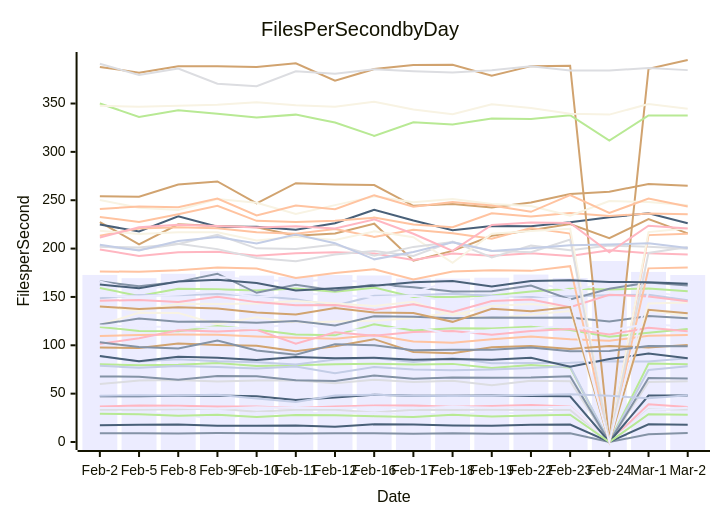
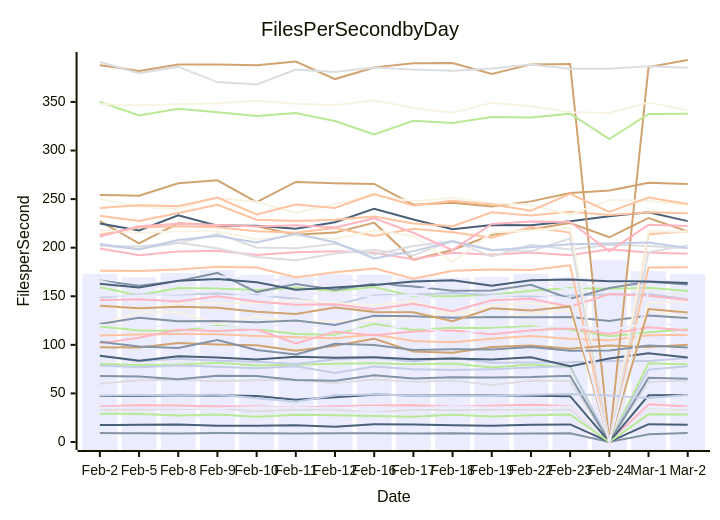
Before and after one commit to streetsidesoftware/cspell: the diagram in perf-report.md, drawn with Mermaid. The commit also changed other lines of this file and 1 other file, not shown here.

````diff
--- a/perf-report.md
+++ b/perf-report.md
@@ -10,57 +10,57 @@
 ```mermaid
 xychart-beta
     title Files Per Second by Day
     y-axis Files per Second
     x-axis Date [Feb-2, Feb-5, Feb-8, Feb-9, Feb-10, Feb-11, Feb-12, Feb-16, Feb-17, Feb-18, Feb-19, Feb-22, Feb-23, Feb-24, Mar-1, Mar-2]
-    bar [172.76, 169.39, 173.94, 176.68, 172.01, 170.80, 172.59, 172.20, 169.11, 168.97, 169.87, 173.10, 169.52, 187.14, 175.84, 172.63]
-    line [9.14, 9.10, 8.87, 9.39, 9.10, 8.79, 9.11, 8.93, 8.64, 9.05, 8.51, 8.78, 8.98, 0.00, 8.08, 9.26]
-    line [109.65, 110.63, 111.16, 110.94, 109.21, 107.83, 106.68, 110.60, 103.95, 102.58, 106.20, 108.99, 106.23, 104.62, 109.75, 110.66]
-    line [33.23, 33.25, 33.77, 34.38, 31.28, 33.43, 33.24, 30.53, 33.31, 33.04, 33.28, 33.21, 33.17, 0.00, 33.83, 33.52]
-    line [80.34, 79.32, 79.86, 81.63, 78.70, 79.41, 80.42, 80.99, 80.08, 80.78, 76.61, 79.69, 77.15, 0.00, 81.09, 80.35]
-    line [227.45, 204.37, 225.14, 223.42, 222.08, 213.20, 215.50, 225.73, 187.50, 197.59, 213.32, 219.03, 225.40, 210.70, 230.59, 215.70]
-    line [88.66, 83.22, 85.59, 83.52, 82.54, 80.25, 85.24, 86.74, 82.84, 86.83, 81.45, 81.71, 81.96, 83.41, 83.27, 86.60]
-    line [199.11, 192.32, 196.15, 196.80, 192.49, 195.28, 196.29, 194.83, 188.10, 194.84, 192.66, 195.15, 192.32, 198.30, 195.10, 193.94]
-    line [224.86, 217.64, 233.33, 222.49, 222.54, 219.50, 226.16, 240.10, 228.96, 219.08, 223.33, 223.11, 227.19, 232.41, 236.43, 226.11]
-    line [121.09, 133.64, 133.48, 121.84, 129.06, 122.93, 124.68, 125.50, 128.25, 133.90, 127.83, 131.88, 135.36, 0.00, 136.13, 130.33]
-    line [31.08, 29.80, 28.87, 23.26, 29.91, 29.82, 30.05, 30.35, 28.52, 29.28, 29.65, 29.97, 29.42, 0.00, 30.75, 30.08]
-    line [121.54, 127.82, 124.27, 124.62, 123.31, 125.03, 120.42, 129.98, 129.47, 127.87, 128.69, 128.42, 128.71, 124.50, 130.30, 127.92]
-    line [232.76, 227.56, 235.60, 244.14, 228.71, 227.46, 228.82, 232.02, 224.80, 222.16, 236.53, 233.14, 236.87, 233.63, 236.34, 235.41]
-    line [201.87, 201.12, 204.97, 199.43, 190.33, 187.01, 193.91, 197.53, 192.34, 207.35, 190.87, 203.05, 198.23, 203.08, 201.82, 199.86]
-    line [159.34, 150.93, 158.41, 157.97, 156.56, 158.71, 155.41, 159.62, 150.02, 150.05, 151.55, 155.58, 158.55, 157.69, 158.64, 155.83]
-    line [254.20, 253.57, 266.34, 269.39, 246.86, 267.66, 266.35, 265.66, 244.28, 246.16, 242.48, 247.66, 256.36, 258.77, 266.75, 264.94]
-    line [148.70, 151.93, 151.71, 152.93, 151.27, 147.55, 140.92, 151.13, 151.76, 153.31, 151.18, 149.85, 150.69, 151.72, 152.23, 146.63]
-    line [36.65, 37.87, 37.52, 36.62, 36.71, 35.21, 36.78, 37.62, 37.74, 36.57, 37.30, 38.24, 36.77, 0.00, 38.95, 36.08]
-    line [17.39, 17.79, 18.01, 16.74, 16.81, 17.17, 15.81, 18.35, 18.08, 17.18, 16.76, 17.88, 18.10, 0.00, 18.36, 17.91]
-    line [140.14, 135.87, 142.86, 142.75, 143.10, 145.82, 143.11, 140.65, 144.98, 130.98, 140.65, 142.78, 139.39, 0.00, 143.34, 144.33]
-    line [35.24, 35.24, 35.29, 34.51, 36.01, 35.10, 35.21, 35.98, 34.82, 36.43, 35.46, 35.84, 36.34, 0.00, 33.04, 35.50]
-    line [166.16, 160.94, 165.57, 174.04, 154.30, 162.65, 156.66, 162.87, 159.96, 155.64, 155.90, 161.77, 147.50, 158.41, 164.95, 161.90]
-    line [213.40, 220.70, 222.08, 221.01, 216.87, 215.38, 220.23, 212.12, 219.37, 215.84, 210.18, 221.20, 215.57, 0.00, 213.93, 215.24]
-    line [59.94, 63.60, 64.06, 62.64, 63.65, 63.88, 60.68, 64.42, 62.12, 63.28, 58.66, 63.36, 62.75, 0.00, 62.13, 62.75]
-    line [118.96, 114.84, 114.56, 119.99, 116.03, 111.12, 110.27, 121.81, 115.35, 117.70, 117.45, 119.10, 115.72, 108.80, 112.87, 116.94]
-    line [387.86, 381.95, 388.55, 388.50, 387.75, 391.57, 373.53, 385.59, 389.88, 390.09, 378.81, 388.65, 389.04, 0.00, 385.97, 395.00]
-    line [78.73, 76.88, 78.62, 77.47, 76.02, 78.07, 71.09, 77.64, 74.87, 74.07, 74.98, 76.63, 78.24, 0.00, 74.50, 78.44]
-    line [146.04, 146.87, 144.71, 150.09, 144.64, 141.32, 141.68, 136.63, 142.32, 134.55, 145.82, 147.42, 139.34, 152.31, 150.56, 145.58]
-    line [88.85, 83.51, 88.25, 87.06, 84.92, 87.81, 86.69, 87.24, 85.15, 85.90, 85.00, 87.17, 77.95, 85.83, 91.39, 86.64]
-    line [218.52, 215.06, 216.88, 216.99, 208.40, 212.31, 208.84, 217.81, 211.80, 185.28, 215.46, 218.06, 220.51, 0.00, 217.03, 221.00]
-    line [166.07, 155.61, 164.06, 170.66, 167.78, 165.93, 167.97, 164.38, 154.74, 166.79, 161.65, 166.00, 156.64, 164.50, 165.52, 165.81]
-    line [67.83, 67.42, 64.50, 68.29, 67.95, 63.94, 63.10, 68.79, 65.40, 66.62, 66.45, 66.78, 68.09, 0.00, 66.08, 65.63]
-    line [176.27, 176.08, 177.50, 180.37, 179.50, 169.53, 174.82, 178.71, 168.06, 176.19, 177.57, 176.95, 181.84, 0.00, 179.55, 180.55]
-    line [202.30, 198.84, 204.68, 214.35, 200.27, 199.54, 204.14, 192.69, 201.75, 206.87, 197.87, 196.25, 209.40, 0.00, 195.54, 201.68]
-    line [350.02, 336.18, 342.95, 339.36, 335.43, 338.51, 330.30, 316.59, 330.53, 328.24, 334.55, 334.07, 337.95, 311.68, 337.70, 337.73]
-    line [97.62, 97.16, 101.86, 100.35, 99.46, 93.91, 99.01, 106.34, 93.17, 91.86, 97.86, 99.22, 96.08, 99.35, 97.75, 100.43]
-    line [203.85, 198.04, 207.86, 211.91, 205.36, 214.41, 205.57, 188.86, 196.47, 206.41, 197.46, 200.43, 203.43, 204.23, 205.42, 200.61]
-    line [101.57, 107.21, 115.59, 114.29, 115.98, 101.55, 113.56, 109.85, 113.73, 114.86, 110.85, 114.90, 116.94, 111.12, 118.08, 114.50]
-    line [47.29, 47.35, 47.86, 48.05, 47.30, 43.46, 46.02, 48.76, 47.89, 47.85, 48.05, 47.61, 47.20, 0.00, 48.02, 48.12]
-    line [250.17, 242.23, 239.94, 251.24, 247.36, 235.88, 244.92, 253.98, 247.84, 251.30, 245.99, 243.93, 233.93, 249.19, 248.13, 244.87]
-    line [120.43, 119.43, 118.96, 118.43, 117.39, 122.51, 116.51, 115.88, 120.25, 110.42, 115.69, 117.45, 119.97, 115.23, 122.06, 119.27]
-    line [103.18, 98.24, 96.65, 104.96, 94.67, 90.15, 101.17, 99.92, 94.76, 95.38, 95.32, 97.68, 93.94, 94.07, 99.29, 99.05]
-    line [240.95, 243.60, 242.70, 251.69, 234.31, 244.51, 240.78, 255.22, 243.34, 248.23, 244.44, 238.03, 255.33, 236.79, 251.67, 243.47]
-    line [391.09, 379.53, 386.07, 370.43, 367.95, 383.26, 380.80, 385.48, 383.39, 382.12, 384.41, 388.46, 384.20, 384.25, 386.70, 384.53]
-    line [29.20, 28.78, 27.22, 28.25, 25.94, 28.04, 27.66, 26.73, 25.95, 28.09, 26.29, 27.51, 28.29, 0.00, 28.66, 28.06]
-    line [140.20, 137.55, 139.32, 138.06, 134.03, 131.86, 138.50, 133.91, 133.44, 124.24, 137.70, 135.31, 139.52, 0.00, 136.77, 133.08]
-    line [47.79, 48.42, 47.97, 48.95, 44.92, 41.33, 48.11, 48.93, 47.91, 47.47, 47.85, 48.58, 49.42, 47.74, 45.18, 48.41]
-    line [211.45, 222.13, 224.72, 223.26, 221.76, 223.13, 220.88, 230.21, 215.32, 197.56, 224.48, 226.95, 226.51, 196.21, 223.62, 220.65]
-    line [162.82, 158.93, 165.88, 167.89, 164.45, 156.78, 159.08, 161.56, 165.23, 166.55, 160.76, 166.40, 167.25, 165.44, 165.22, 163.57]
-    line [347.78, 346.57, 347.57, 348.75, 351.19, 348.15, 346.62, 351.78, 343.88, 338.94, 349.19, 345.47, 339.39, 338.55, 349.45, 344.55]
-    line [151.10, 150.58, 152.48, 156.02, 149.70, 153.17, 152.51, 149.58, 151.17, 145.28, 150.19, 152.37, 147.43, 0.00, 156.21, 149.56]
+    bar [172.76, 169.39, 173.94, 176.68, 172.01, 170.80, 172.59, 172.20, 169.11, 168.97, 169.87, 173.10, 169.52, 187.14, 175.84, 172.73]
+    line [9.14, 9.10, 8.87, 9.39, 9.10, 8.79, 9.11, 8.93, 8.64, 9.05, 8.51, 8.78, 8.98, 0.00, 8.08, 9.30]
+    line [109.65, 110.63, 111.16, 110.94, 109.21, 107.83, 106.68, 110.60, 103.95, 102.58, 106.20, 108.99, 106.23, 104.62, 109.75, 110.24]
+    line [33.23, 33.25, 33.77, 34.38, 31.28, 33.43, 33.24, 30.53, 33.31, 33.04, 33.28, 33.21, 33.17, 0.00, 33.83, 33.53]
+    line [80.34, 79.32, 79.86, 81.63, 78.70, 79.41, 80.42, 80.99, 80.08, 80.78, 76.61, 79.69, 77.15, 0.00, 81.09, 79.76]
+    line [227.45, 204.37, 225.14, 223.42, 222.08, 213.20, 215.50, 225.73, 187.50, 197.59, 213.32, 219.03, 225.40, 210.70, 230.59, 216.76]
+    line [88.66, 83.22, 85.59, 83.52, 82.54, 80.25, 85.24, 86.74, 82.84, 86.83, 81.45, 81.71, 81.96, 83.41, 83.27, 86.38]
+    line [199.11, 192.32, 196.15, 196.80, 192.49, 195.28, 196.29, 194.83, 188.10, 194.84, 192.66, 195.15, 192.32, 198.30, 195.10, 193.76]
+    line [224.86, 217.64, 233.33, 222.49, 222.54, 219.50, 226.16, 240.10, 228.96, 219.08, 223.33, 223.11, 227.19, 232.41, 236.43, 227.34]
+    line [121.09, 133.64, 133.48, 121.84, 129.06, 122.93, 124.68, 125.50, 128.25, 133.90, 127.83, 131.88, 135.36, 0.00, 136.13, 127.67]
+    line [31.08, 29.80, 28.87, 23.26, 29.91, 29.82, 30.05, 30.35, 28.52, 29.28, 29.65, 29.97, 29.42, 0.00, 30.75, 30.31]
+    line [121.54, 127.82, 124.27, 124.62, 123.31, 125.03, 120.42, 129.98, 129.47, 127.87, 128.69, 128.42, 128.71, 124.50, 130.30, 127.54]
+    line [232.76, 227.56, 235.60, 244.14, 228.71, 227.46, 228.82, 232.02, 224.80, 222.16, 236.53, 233.14, 236.87, 233.63, 236.34, 235.42]
+    line [201.87, 201.12, 204.97, 199.43, 190.33, 187.01, 193.91, 197.53, 192.34, 207.35, 190.87, 203.05, 198.23, 203.08, 201.82, 199.42]
+    line [159.34, 150.93, 158.41, 157.97, 156.56, 158.71, 155.41, 159.62, 150.02, 150.05, 151.55, 155.58, 158.55, 157.69, 158.64, 155.43]
+    line [254.20, 253.57, 266.34, 269.39, 246.86, 267.66, 266.35, 265.66, 244.28, 246.16, 242.48, 247.66, 256.36, 258.77, 266.75, 265.54]
+    line [148.70, 151.93, 151.71, 152.93, 151.27, 147.55, 140.92, 151.13, 151.76, 153.31, 151.18, 149.85, 150.69, 151.72, 152.23, 147.00]
+    line [36.65, 37.87, 37.52, 36.62, 36.71, 35.21, 36.78, 37.62, 37.74, 36.57, 37.30, 38.24, 36.77, 0.00, 38.95, 36.53]
+    line [17.39, 17.79, 18.01, 16.74, 16.81, 17.17, 15.81, 18.35, 18.08, 17.18, 16.76, 17.88, 18.10, 0.00, 18.36, 17.88]
+    line [140.14, 135.87, 142.86, 142.75, 143.10, 145.82, 143.11, 140.65, 144.98, 130.98, 140.65, 142.78, 139.39, 0.00, 143.34, 144.48]
+    line [35.24, 35.24, 35.29, 34.51, 36.01, 35.10, 35.21, 35.98, 34.82, 36.43, 35.46, 35.84, 36.34, 0.00, 33.04, 35.60]
+    line [166.16, 160.94, 165.57, 174.04, 154.30, 162.65, 156.66, 162.87, 159.96, 155.64, 155.90, 161.77, 147.50, 158.41, 164.95, 162.21]
+    line [213.40, 220.70, 222.08, 221.01, 216.87, 215.38, 220.23, 212.12, 219.37, 215.84, 210.18, 221.20, 215.57, 0.00, 213.93, 216.92]
+    line [59.94, 63.60, 64.06, 62.64, 63.65, 63.88, 60.68, 64.42, 62.12, 63.28, 58.66, 63.36, 62.75, 0.00, 62.13, 62.93]
+    line [118.96, 114.84, 114.56, 119.99, 116.03, 111.12, 110.27, 121.81, 115.35, 117.70, 117.45, 119.10, 115.72, 108.80, 112.87, 116.15]
+    line [387.86, 381.95, 388.55, 388.50, 387.75, 391.57, 373.53, 385.59, 389.88, 390.09, 378.81, 388.65, 389.04, 0.00, 385.97, 393.17]
+    line [78.73, 76.88, 78.62, 77.47, 76.02, 78.07, 71.09, 77.64, 74.87, 74.07, 74.98, 76.63, 78.24, 0.00, 74.50, 78.01]
+    line [146.04, 146.87, 144.71, 150.09, 144.64, 141.32, 141.68, 136.63, 142.32, 134.55, 145.82, 147.42, 139.34, 152.31, 150.56, 146.06]
+    line [88.85, 83.51, 88.25, 87.06, 84.92, 87.81, 86.69, 87.24, 85.15, 85.90, 85.00, 87.17, 77.95, 85.83, 91.39, 87.06]
+    line [218.52, 215.06, 216.88, 216.99, 208.40, 212.31, 208.84, 217.81, 211.80, 185.28, 215.46, 218.06, 220.51, 0.00, 217.03, 216.54]
+    line [166.07, 155.61, 164.06, 170.66, 167.78, 165.93, 167.97, 164.38, 154.74, 166.79, 161.65, 166.00, 156.64, 164.50, 165.52, 166.31]
+    line [67.83, 67.42, 64.50, 68.29, 67.95, 63.94, 63.10, 68.79, 65.40, 66.62, 66.45, 66.78, 68.09, 0.00, 66.08, 65.18]
+    line [176.27, 176.08, 177.50, 180.37, 179.50, 169.53, 174.82, 178.71, 168.06, 176.19, 177.57, 176.95, 181.84, 0.00, 179.55, 179.86]
+    line [202.30, 198.84, 204.68, 214.35, 200.27, 199.54, 204.14, 192.69, 201.75, 206.87, 197.87, 196.25, 209.40, 0.00, 195.54, 202.38]
+    line [350.02, 336.18, 342.95, 339.36, 335.43, 338.51, 330.30, 316.59, 330.53, 328.24, 334.55, 334.07, 337.95, 311.68, 337.70, 337.83]
+    line [97.62, 97.16, 101.86, 100.35, 99.46, 93.91, 99.01, 106.34, 93.17, 91.86, 97.86, 99.22, 96.08, 99.35, 97.75, 100.18]
+    line [203.85, 198.04, 207.86, 211.91, 205.36, 214.41, 205.57, 188.86, 196.47, 206.41, 197.46, 200.43, 203.43, 204.23, 205.42, 199.64]
+    line [101.57, 107.21, 115.59, 114.29, 115.98, 101.55, 113.56, 109.85, 113.73, 114.86, 110.85, 114.90, 116.94, 111.12, 118.08, 114.85]
+    line [47.29, 47.35, 47.86, 48.05, 47.30, 43.46, 46.02, 48.76, 47.89, 47.85, 48.05, 47.61, 47.20, 0.00, 48.02, 48.37]
+    line [250.17, 242.23, 239.94, 251.24, 247.36, 235.88, 244.92, 253.98, 247.84, 251.30, 245.99, 243.93, 233.93, 249.19, 248.13, 243.87]
+    line [120.43, 119.43, 118.96, 118.43, 117.39, 122.51, 116.51, 115.88, 120.25, 110.42, 115.69, 117.45, 119.97, 115.23, 122.06, 119.72]
+    line [103.18, 98.24, 96.65, 104.96, 94.67, 90.15, 101.17, 99.92, 94.76, 95.38, 95.32, 97.68, 93.94, 94.07, 99.29, 97.25]
+    line [240.95, 243.60, 242.70, 251.69, 234.31, 244.51, 240.78, 255.22, 243.34, 248.23, 244.44, 238.03, 255.33, 236.79, 251.67, 244.89]
+    line [391.09, 379.53, 386.07, 370.43, 367.95, 383.26, 380.80, 385.48, 383.39, 382.12, 384.41, 388.46, 384.20, 384.25, 386.70, 385.21]
+    line [29.20, 28.78, 27.22, 28.25, 25.94, 28.04, 27.66, 26.73, 25.95, 28.09, 26.29, 27.51, 28.29, 0.00, 28.66, 28.18]
+    line [140.20, 137.55, 139.32, 138.06, 134.03, 131.86, 138.50, 133.91, 133.44, 124.24, 137.70, 135.31, 139.52, 0.00, 136.77, 133.34]
+    line [47.79, 48.42, 47.97, 48.95, 44.92, 41.33, 48.11, 48.93, 47.91, 47.47, 47.85, 48.58, 49.42, 47.74, 45.18, 48.29]
+    line [211.45, 222.13, 224.72, 223.26, 221.76, 223.13, 220.88, 230.21, 215.32, 197.56, 224.48, 226.95, 226.51, 196.21, 223.62, 222.29]
+    line [162.82, 158.93, 165.88, 167.89, 164.45, 156.78, 159.08, 161.56, 165.23, 166.55, 160.76, 166.40, 167.25, 165.44, 165.22, 163.69]
+    line [347.78, 346.57, 347.57, 348.75, 351.19, 348.15, 346.62, 351.78, 343.88, 338.94, 349.19, 345.47, 339.39, 338.55, 349.45, 341.50]
+    line [151.10, 150.58, 152.48, 156.02, 149.70, 153.17, 152.51, 149.58, 151.17, 145.28, 150.19, 152.37, 147.43, 0.00, 156.21, 150.30]
 ```
````
